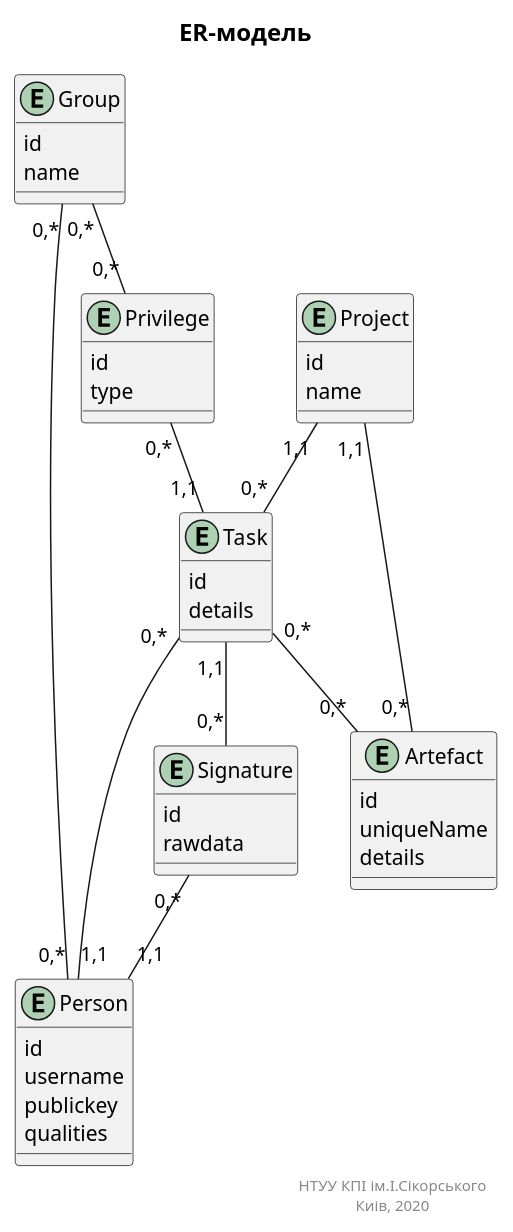
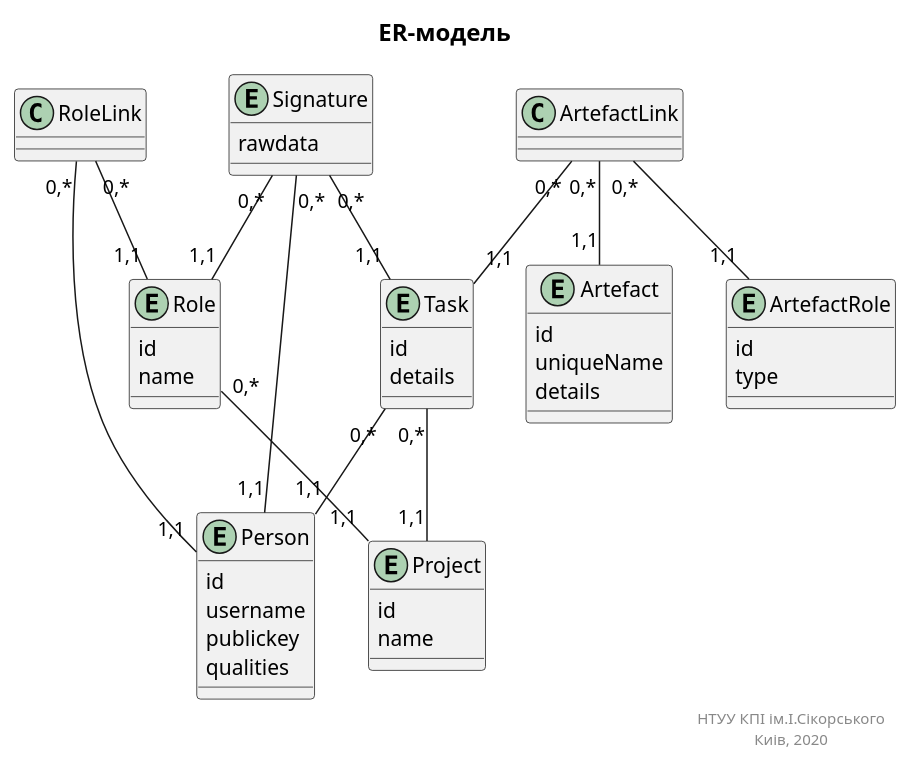
One commit to Jirobus/Core changed the diagram in docs/puml/ERM/erm.puml. Above: the diagram before and after it, drawn with PlantUML.

Commit message:
Updated ERM

```diff
--- a/docs/puml/ERM/erm.puml
+++ b/docs/puml/ERM/erm.puml
@@ -1,58 +1,63 @@
 @startuml ERM
 title
 <font size=16 color=black>ER-модель
 end title
 
 entity Person {
     id
     username
     publickey
     qualities
 }
 
-entity Group {
+entity Role {
     id
     name
-}
-
-entity Privilege {
-    id
-    type
 }
 
 entity Task {
     id
     details
 }
 
 entity Signature {
-    id
     rawdata
 }
 
 entity Artefact {
     id
     uniqueName
     details
 }
 
+entity ArtefactRole {
+    id
+    type
+}
+
 entity Project {
     id
     name
 }
 
+Signature "0,*"--"1,1" Task
 Signature "0,*"--"1,1" Person
-Group "0,*"--"0,*" Person
-Group "0,*"--"0,*" Privilege
-Privilege "0,*"--"1,1" Task
-Task "1,1"--"0,*" Signature
-Task "0,*"-d-"1,1" Person
-Task "0,*"-d-"0,*" Artefact
-Project "1,1"--"0,*" Task
-Project "1,1"--"0,*" Artefact
+Signature "0,*"--"1,1" Role
+
+Role "0,*"--"1,1" Project
+
+RoleLink "0,*"--"1,1" Role
+RoleLink "0,*"--"1,1" Person
+
+Task "0,*"--"1,1" Person
+Task "0,*"--"1,1" Project
+
+ArtefactLink "0,*"--"1,1" Artefact
+ArtefactLink "0,*"--"1,1" Task
+ArtefactLink "0,*"--"1,1" ArtefactRole
 
 right footer
 НТУУ КПІ ім.І.Сікорського
 Киів, 2020
 end footer
 @enduml
```
